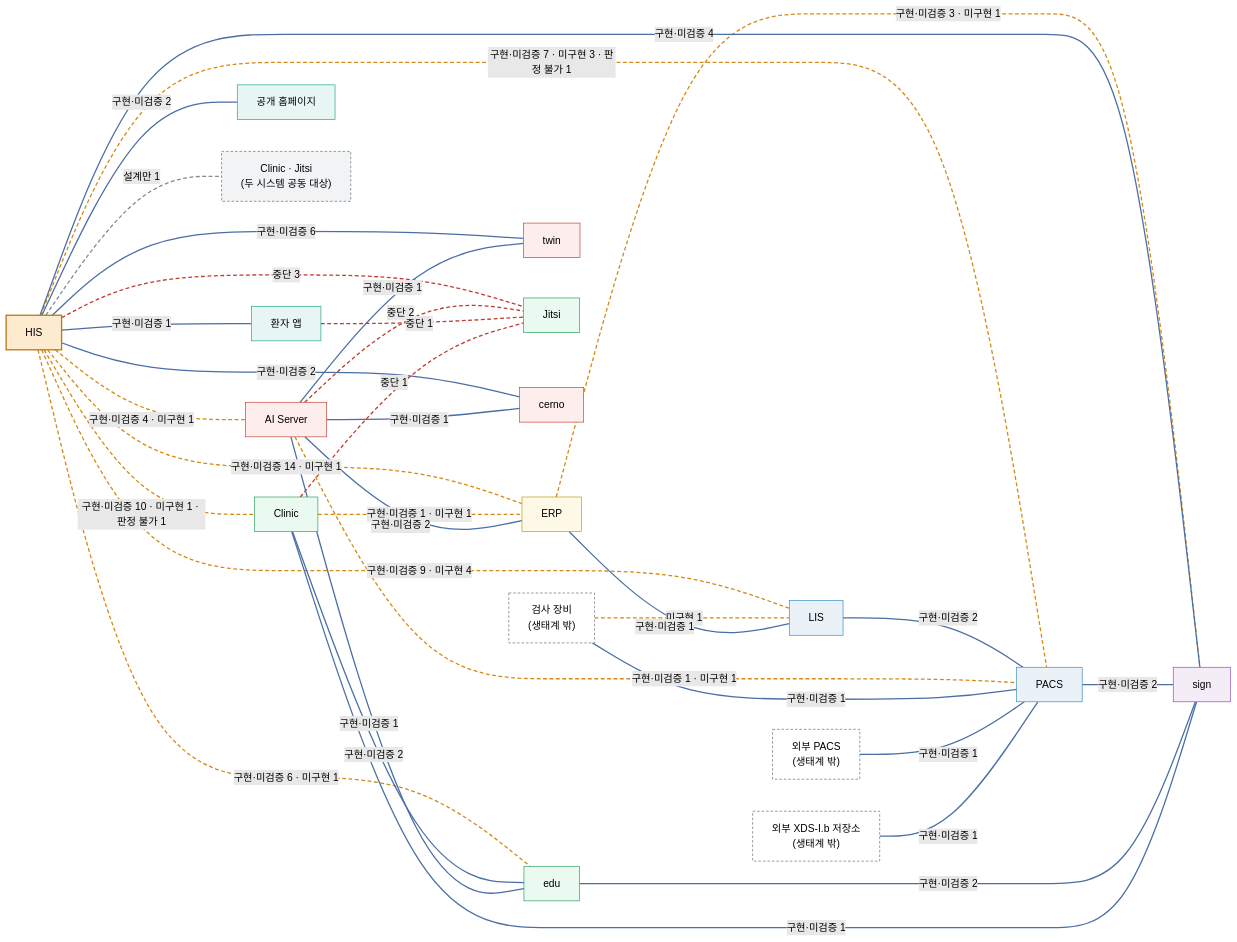
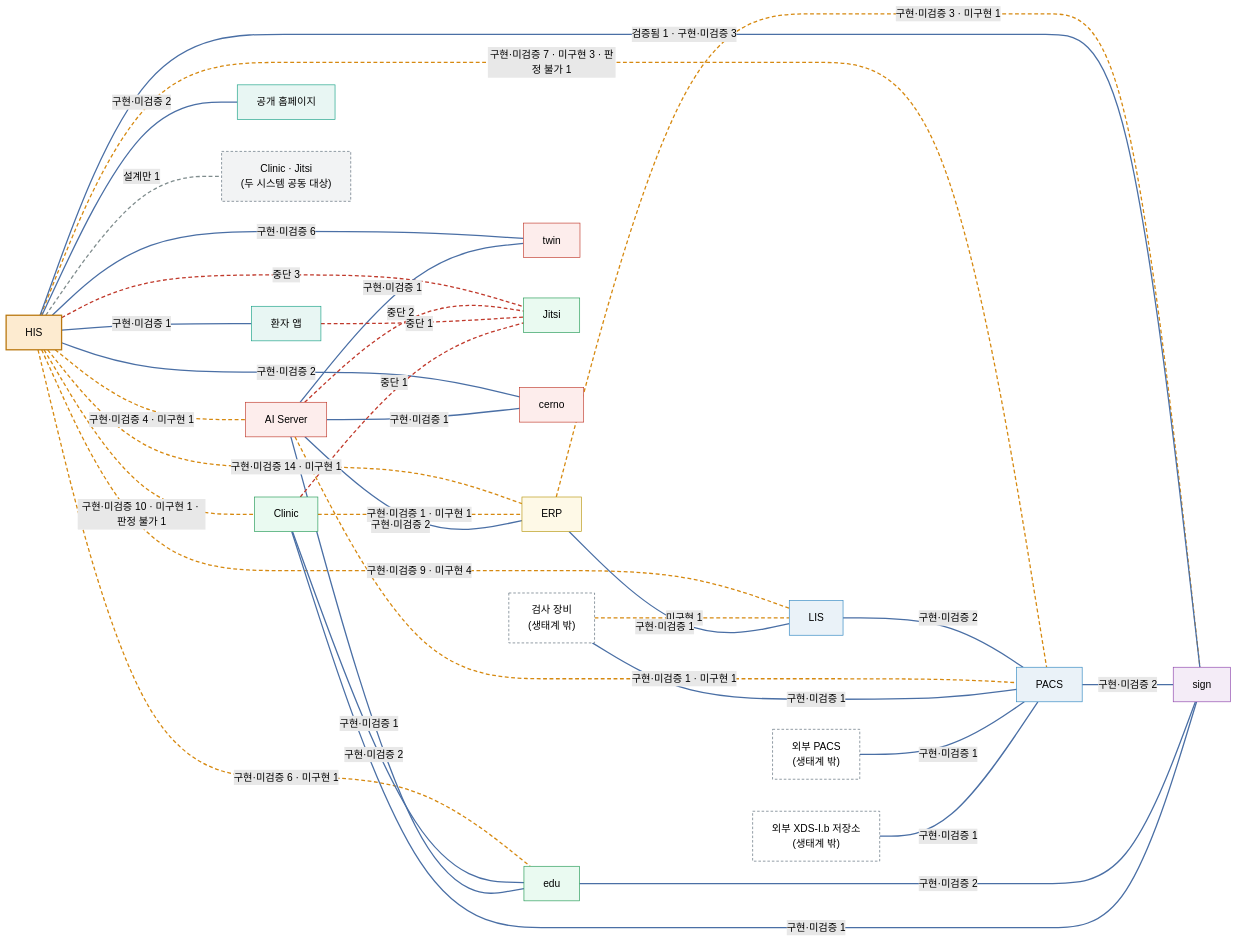
One commit to seanshin/werub-his-ecosystem changed the diagram in diagrams/connections.md. Above: the diagram before and after it, drawn with Mermaid (forest theme). The commit also changed other lines of this file and 44 other files, not shown here.

First line of the commit message:
첫 검증됨 — HIS → sign 직원 신원·서명(새 설치본끼리 · 2026-09-14) · PACS 이미지 태그 · 따라가기 발견 반영

````diff
--- a/diagrams/connections.md
+++ b/diagrams/connections.md
@@ -33,75 +33,75 @@
 ```mermaid
 flowchart LR
   HIS["HIS"]
   ERP["ERP"]
   LIS["LIS"]
   CLINIC["Clinic"]
   PACS["PACS"]
   EDU["edu"]
   TWIN["twin"]
   AIS["AI Server"]
   SIGN["sign"]
   JITSI["Jitsi"]
   CERNO["cerno"]
   HOME["공개 홈페이지"]
   X1["검사 장비<br/>(생태계 밖)"]
   X2["외부 PACS<br/>(생태계 밖)"]
   X3["외부 XDS-I.b 저장소<br/>(생태계 밖)"]
   J1["Clinic · Jitsi<br/>(두 시스템 공동 대상)"]
   APP["환자 앱"]
   HIS ---|"구현·미검증 14 · 미구현 1"| ERP
   HIS ---|"구현·미검증 9 · 미구현 4"| LIS
   HIS ---|"구현·미검증 10 · 미구현 1 · 판정 불가 1"| CLINIC
   HIS ---|"구현·미검증 7 · 미구현 3 · 판정 불가 1"| PACS
   HIS ---|"구현·미검증 6 · 미구현 1"| EDU
   HIS ---|"구현·미검증 6"| TWIN
   HIS ---|"구현·미검증 4 · 미구현 1"| AIS
   ERP ---|"구현·미검증 3 · 미구현 1"| SIGN
-  HIS ---|"구현·미검증 4"| SIGN
+  HIS ---|"검증됨 1 · 구현·미검증 3"| SIGN
   HIS ---|"중단 3"| JITSI
   LIS ---|"구현·미검증 2"| PACS
   PACS ---|"구현·미검증 2"| SIGN
   EDU ---|"구현·미검증 2"| SIGN
   CLINIC ---|"구현·미검증 1 · 미구현 1"| ERP
   AIS ---|"구현·미검증 1 · 미구현 1"| PACS
   AIS ---|"구현·미검증 2"| ERP
   AIS ---|"중단 2"| JITSI
   HIS ---|"구현·미검증 2"| CERNO
   CLINIC ---|"구현·미검증 2"| EDU
   HIS ---|"구현·미검증 2"| HOME
   X1 ---|"구현·미검증 1"| PACS
   X2 ---|"구현·미검증 1"| PACS
   X3 ---|"구현·미검증 1"| PACS
   X1 ---|"미구현 1"| LIS
   CLINIC ---|"구현·미검증 1"| SIGN
   ERP ---|"구현·미검증 1"| LIS
   AIS ---|"구현·미검증 1"| TWIN
   AIS ---|"구현·미검증 1"| CERNO
   AIS ---|"구현·미검증 1"| EDU
   HIS ---|"설계만 1"| J1
   APP ---|"중단 1"| JITSI
   CLINIC ---|"중단 1"| JITSI
   HIS ---|"구현·미검증 1"| APP
   classDef core fill:#fdebd0,stroke:#b9770e,stroke-width:2px,color:#000
   classDef patient fill:#e8f6f3,stroke:#16a085,color:#000
   classDef clinical fill:#eaf2f8,stroke:#2e86c1,color:#000
   classDef trust fill:#f4ecf7,stroke:#8e44ad,color:#000
   classDef mgmt fill:#fef9e7,stroke:#b7950b,color:#000
   classDef ai fill:#fdedec,stroke:#c0392b,color:#000
   classDef collab fill:#eafaf1,stroke:#229954,color:#000
   classDef composite fill:#f2f3f4,stroke:#566573,stroke-dasharray:4 3,color:#000
   classDef external fill:#ffffff,stroke:#566573,stroke-dasharray:4 3,color:#000
   class HIS core
   class HOME,APP patient
   class LIS,PACS clinical
   class SIGN trust
   class ERP mgmt
   class TWIN,AIS,CERNO ai
   class CLINIC,EDU,JITSI collab
   class J1 composite
   class X1,X2,X3 external
   linkStyle 5,8,10,11,12,15,17,18,19,20,21,22,24,25,26,27,28,32 stroke:#4a6fa5,stroke-width:2px
   linkStyle 29 stroke:#7f8c8d,stroke-width:2px,stroke-dasharray:6 4
   linkStyle 0,1,2,3,4,6,7,13,14,23 stroke:#d68910,stroke-width:2px,stroke-dasharray:6 4
   linkStyle 9,16,30,31 stroke:#c0392b,stroke-width:2px,stroke-dasharray:6 4
 ```
````
